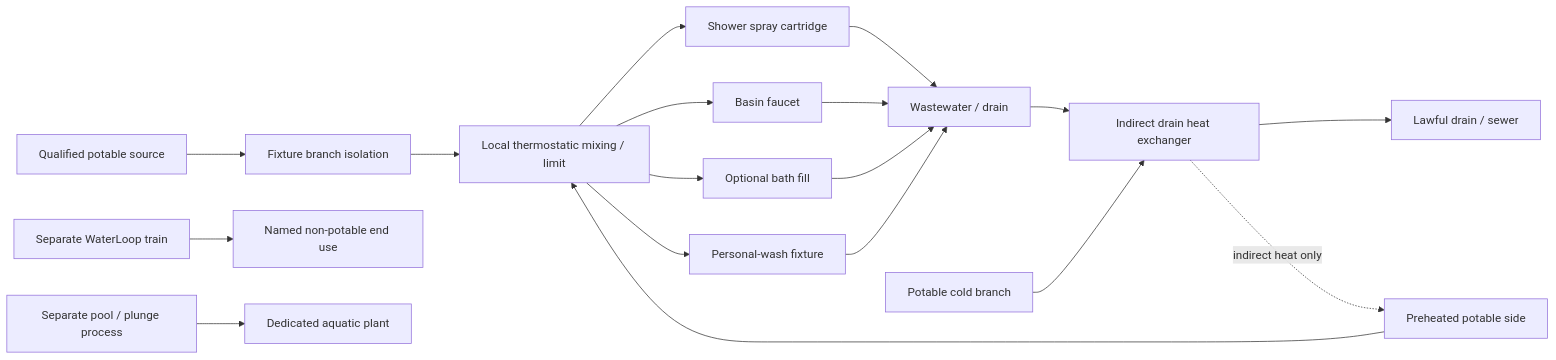
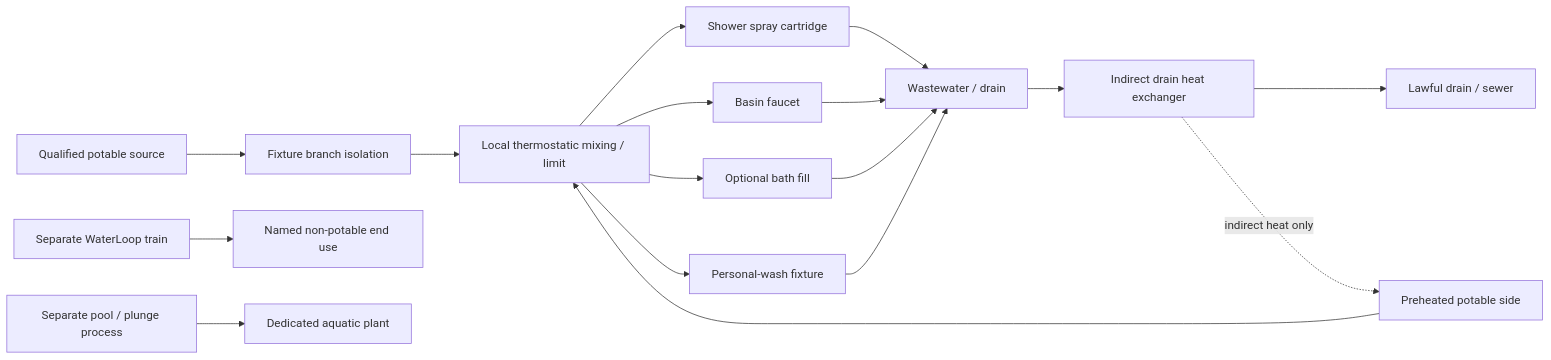
Before and after one commit to Luminous-Dynamics/symthaea: the diagram in docs/AQUA_MODULAR_PLATFORM_ARCHITECTURE_V0_1.md, drawn with Mermaid. The commit also changed other lines of this file, not shown here.

Commit message:
docs(aqua): link bounded service compiler architecture

````diff
--- a/docs/AQUA_MODULAR_PLATFORM_ARCHITECTURE_V0_1.md
+++ b/docs/AQUA_MODULAR_PLATFORM_ARCHITECTURE_V0_1.md
@@ -48,20 +48,19 @@
 ```mermaid
 flowchart LR
   Potable[Qualified potable source] --> Isolation[Fixture branch isolation]
   Isolation --> Mixer[Local thermostatic mixing / limit]
   Mixer --> Shower[Shower spray cartridge]
   Mixer --> Basin[Basin faucet]
   Mixer --> Bath[Optional bath fill]
   Mixer --> Bidet[Personal-wash fixture]
   Shower --> Waste[Wastewater / drain]
   Basin --> Waste
   Bath --> Waste
   Bidet --> Waste
   Waste --> DWHR[Indirect drain heat exchanger]
   DWHR --> Sewer[Lawful drain / sewer]
-  Cold[Potable cold branch] --> DWHR
   DWHR -. indirect heat only .-> Preheat[Preheated potable side]
   Preheat --> Mixer
   Grey[Separate WaterLoop train] --> NonPotable[Named non-potable end use]
   Pool[Separate pool / plunge process] --> PoolPlant[Dedicated aquatic plant]
 ```
````
